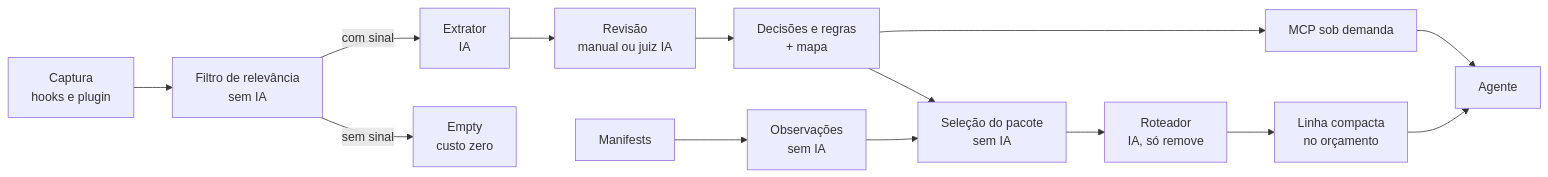
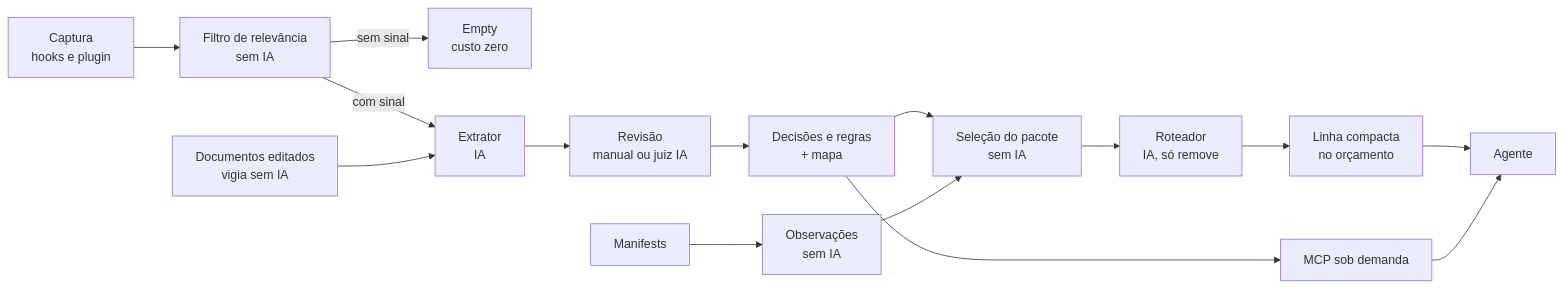
The diagram in docs/arquitetura/visao-do-fluxo.md (pablozr/xemnas), drawn with Mermaid before and after one commit. The commit also changed other lines of this file and 11 other files, not shown here.

````diff
--- a/docs/arquitetura/visao-do-fluxo.md
+++ b/docs/arquitetura/visao-do-fluxo.md
@@ -8,16 +8,17 @@
 ```mermaid
 flowchart LR
     A[Captura<br/>hooks e plugin] --> B[Filtro de relevância<br/>sem IA]
     B -- sem sinal --> X[Empty<br/>custo zero]
     B -- com sinal --> C[Extrator<br/>IA]
     C --> D[Revisão<br/>manual ou juiz IA]
     D --> E[Decisões e regras<br/>+ mapa]
     M[Manifests] --> O[Observações<br/>sem IA]
+    Doc[Documentos editados<br/>vigia sem IA] --> C
     E --> F[Seleção do pacote<br/>sem IA]
     O --> F
     F --> R[Roteador<br/>IA, só remove]
     R --> G[Linha compacta<br/>no orçamento]
     G --> H[Agente]
     E --> I[MCP sob demanda]
     I --> H
 ```
````
